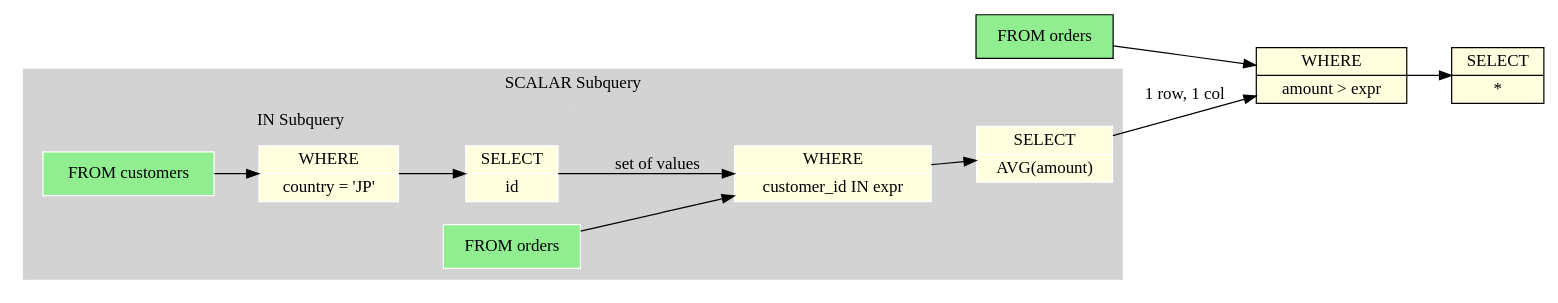
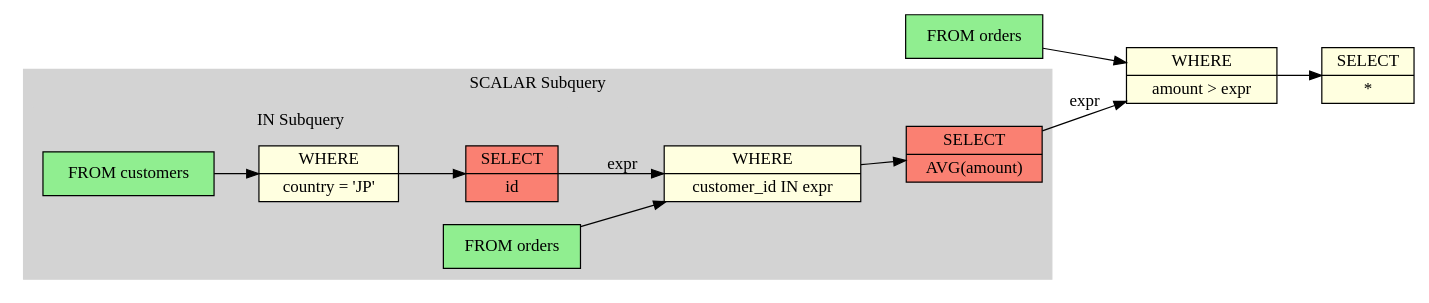
One commit to rot1024/sqloflow changed the diagram in examples/nested_subquery.dot. Above: the diagram before and after it, drawn with Graphviz. The commit also changed 76 other files, not shown here.

```diff
--- a/examples/nested_subquery.dot
+++ b/examples/nested_subquery.dot
@@ -1,50 +1,48 @@
 digraph schema_flow {
   rankdir=LR;
   node [shape=record];
 
   // Source tables
   node_0 [label="FROM orders", style=filled, fillcolor=lightgreen];
 
   // Operations
   node_1 [label="WHERE|amount \> expr", style=filled, fillcolor=lightyellow];
   node_3 [label="SELECT|*", style=filled, fillcolor=lightyellow];
 
   // Data flow edges
 
   // JOIN operations with table info
   node_0 -> node_1;
   node_1 -> node_3;
 
   subgraph cluster_node_2 {
     label="SCALAR Subquery";
     style=filled;
     color=lightgrey;
-    node [style=filled,color=white];
     // Source tables
     subq_0_node_0 [label="FROM orders", style=filled, fillcolor=lightgreen];
     // Operations
     subq_0_node_1 [label="WHERE|customer_id IN expr", style=filled, fillcolor=lightyellow];
-    subq_0_node_3 [label="SELECT|AVG(amount)", style=filled, fillcolor=lightyellow];
+    subq_0_node_3 [label="SELECT|AVG(amount)", style=filled, fillcolor=salmon];
     // Data flow edges
     // JOIN operations with table info
     subq_0_node_0 -> subq_0_node_1;
     subq_0_node_1 -> subq_0_node_3;
     subgraph cluster_subq_0_node_2 {
     label="IN Subquery";
     style=filled;
     color=lightgrey;
-    node [style=filled,color=white];
     // Source tables
     subq_1_node_0 [label="FROM customers", style=filled, fillcolor=lightgreen];
     // Operations
     subq_1_node_1 [label="WHERE|country = 'JP'", style=filled, fillcolor=lightyellow];
-    subq_1_node_2 [label="SELECT|id", style=filled, fillcolor=lightyellow];
+    subq_1_node_2 [label="SELECT|id", style=filled, fillcolor=salmon];
     // Data flow edges
     // JOIN operations with table info
     subq_1_node_0 -> subq_1_node_1;
     subq_1_node_1 -> subq_1_node_2;
     }
-    subq_1_node_2 -> subq_0_node_1 [label="set of values"];
+    subq_1_node_2 -> subq_0_node_1 [label="expr"];
   }
-  subq_0_node_3 -> node_1 [label="1 row, 1 col"];
+  subq_0_node_3 -> node_1 [label="expr"];
 }
```
